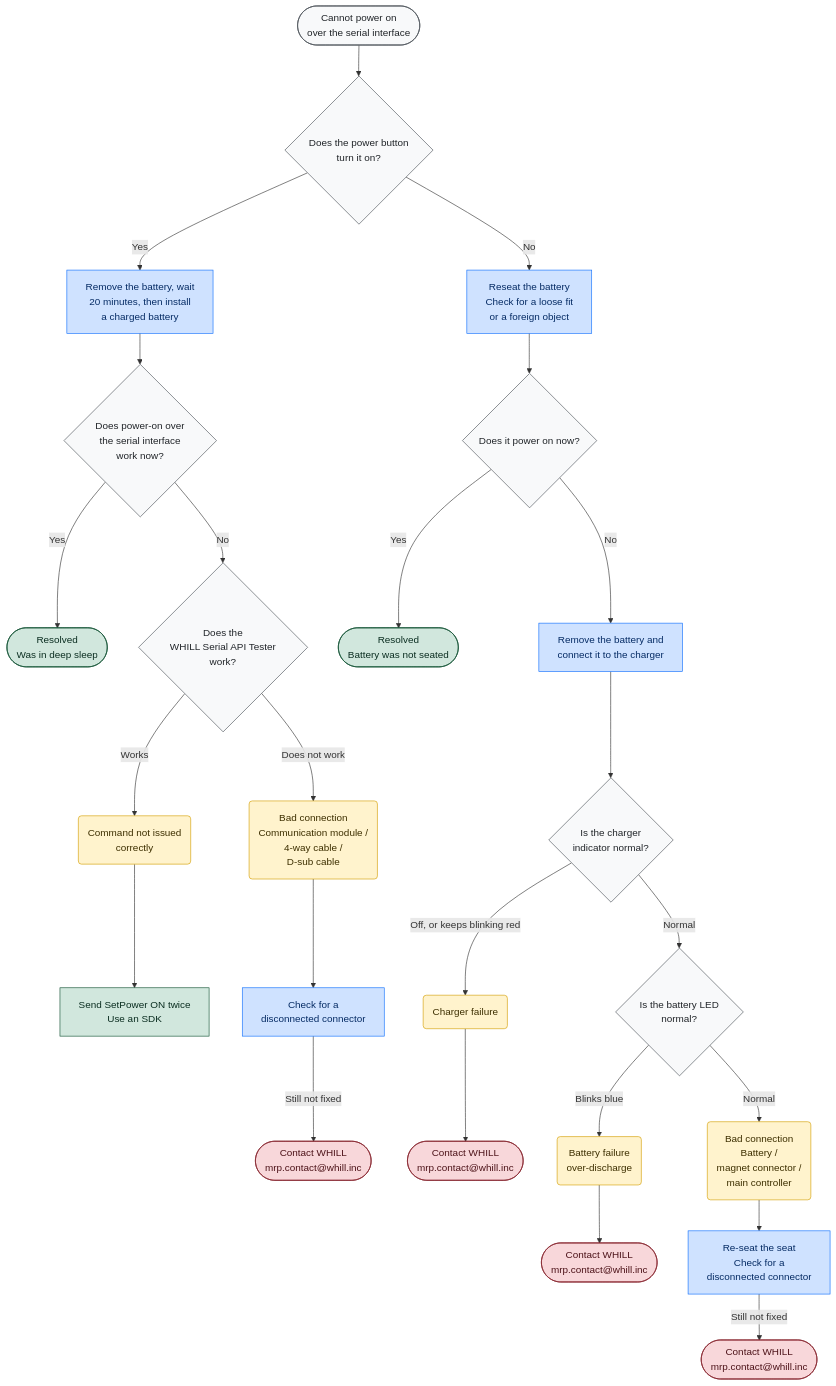
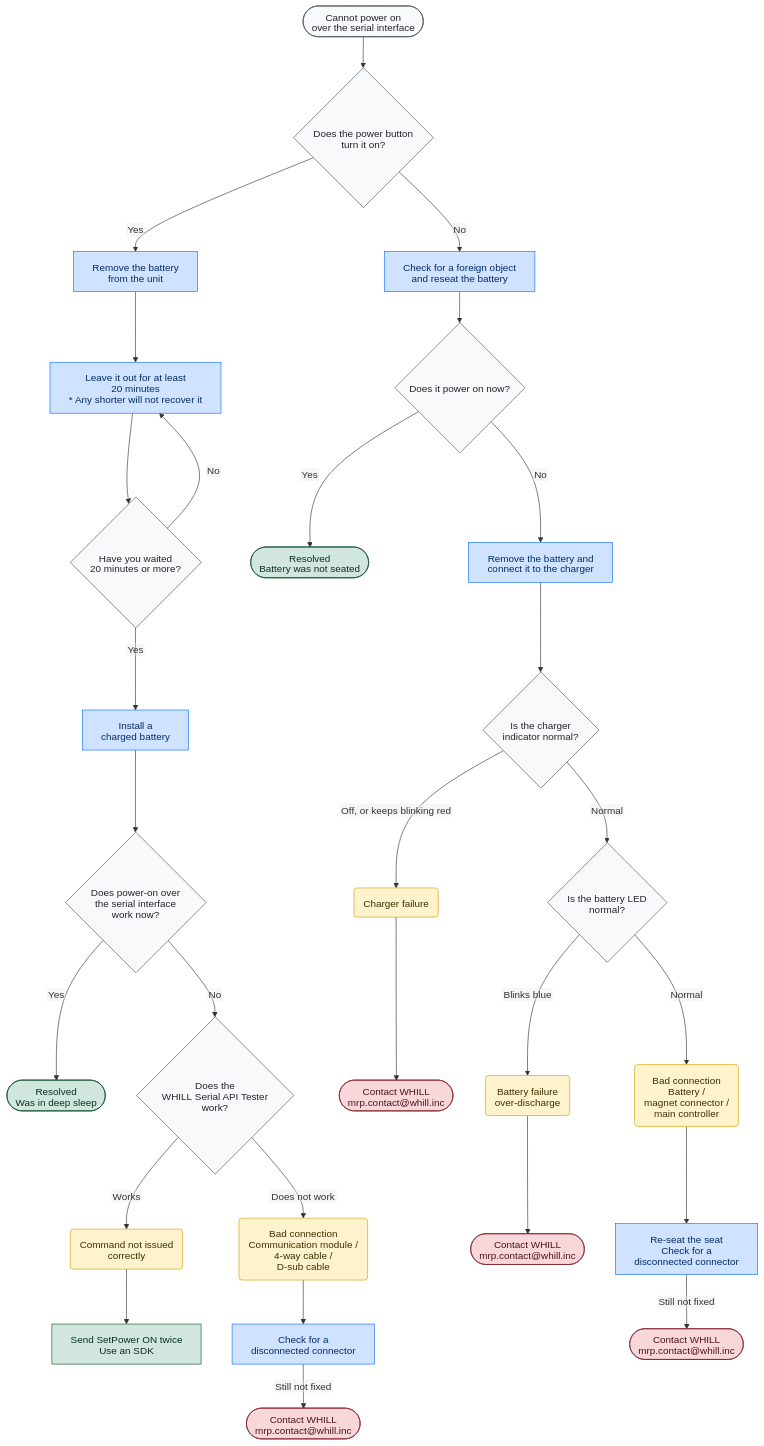
Before and after one commit to WHILL/mrp-support: the diagram in docs/troubleshooting/power.en.md, drawn with Mermaid. The commit also changed other lines of this file and 1 other file, not shown here.

Commit message:
Make the deep sleep step harder to skip and stop GitHub re-wrapping flowchart labels

````diff
--- a/docs/troubleshooting/power.en.md
+++ b/docs/troubleshooting/power.en.md
@@ -13,43 +22,48 @@
 ```mermaid
+%%{init: {"htmlLabels": false, "flowchart": {"htmlLabels": false, "wrappingWidth": 400}}}%%
 flowchart TD
     S(["Cannot power on<br>over the serial interface"]) --> Q1{"Does the power button<br>turn it on?"}
 
-    Q1 -->|Yes| A1["Remove the battery, wait<br>20 minutes, then install<br>a charged battery"]
-    Q1 -->|No| A5["Reseat the battery<br>Check for a loose fit<br>or a foreign object"]
+    Q1 -->|Yes| A1["Remove the battery<br>from the unit"]
+    Q1 -->|No| A5["Check for a foreign object<br>and reseat the battery"]
 
-    A1 --> Q2{"Does power-on over<br>the serial interface<br>work now?"}
+    A1 --> A7["Leave it out for at least<br>20 minutes<br>* Any shorter will not recover it"]
+    A7 --> Q7{"Have you waited<br>20 minutes or more?"}
+    Q7 -->|No| A7
+    Q7 -->|Yes| A8["Install a<br>charged battery"]
+    A8 --> Q2{"Does power-on over<br>the serial interface<br>work now?"}
     Q2 -->|Yes| R1(["Resolved<br>Was in deep sleep"])
     Q2 -->|No| Q3{"Does the<br>WHILL Serial API Tester<br>work?"}
 
     Q3 -->|Works| C2("Command not issued<br>correctly")
     Q3 -->|Does not work| C3("Bad connection<br>Communication module /<br>4-way cable /<br>D-sub cable")
     C2 --> A2["Send SetPower ON twice<br>Use an SDK"]
     C3 --> A3["Check for a<br>disconnected connector"]
     A3 -->|Still not fixed| M1(["Contact WHILL<br>mrp.contact@whill.inc"])
 
     A5 --> Q6{"Does it power on now?"}
     Q6 -->|Yes| R2(["Resolved<br>Battery was not seated"])
     Q6 -->|No| A6["Remove the battery and<br>connect it to the charger"]
 
     A6 --> Q4{"Is the charger<br>indicator normal?"}
     Q4 -->|Off, or keeps blinking red| C6("Charger failure")
     C6 --> M2(["Contact WHILL<br>mrp.contact@whill.inc"])
     Q4 -->|Normal| Q5{"Is the battery LED<br>normal?"}
 
     Q5 -->|Blinks blue| C5("Battery failure<br>over-discharge")
     C5 --> M3(["Contact WHILL<br>mrp.contact@whill.inc"])
     Q5 -->|Normal| C4("Bad connection<br>Battery /<br>magnet connector /<br>main controller")
     C4 --> A4["Re-seat the seat<br>Check for a<br>disconnected connector"]
     A4 -->|Still not fixed| M4(["Contact WHILL<br>mrp.contact@whill.inc"])
 
     classDef check fill:#f8f9fa,stroke:#495057,color:#212529
     classDef step fill:#cfe2ff,stroke:#0d6efd,color:#062c65
     classDef cause fill:#fff3cd,stroke:#d39e00,color:#3d2f00
     classDef solved fill:#d1e7dd,stroke:#0f5132,color:#0b2e21
     classDef contact fill:#f8d7da,stroke:#842029,color:#4d1319
-    class S,Q1,Q2,Q3,Q4,Q5,Q6 check
-    class A1,A3,A4,A5,A6 step
+    class S,Q1,Q2,Q3,Q4,Q5,Q6,Q7 check
+    class A1,A3,A4,A5,A6,A7,A8 step
     class C2,C3,C4,C5,C6 cause
     class R1,R2,A2 solved
     class M1,M2,M3,M4 contact
 ```
````
